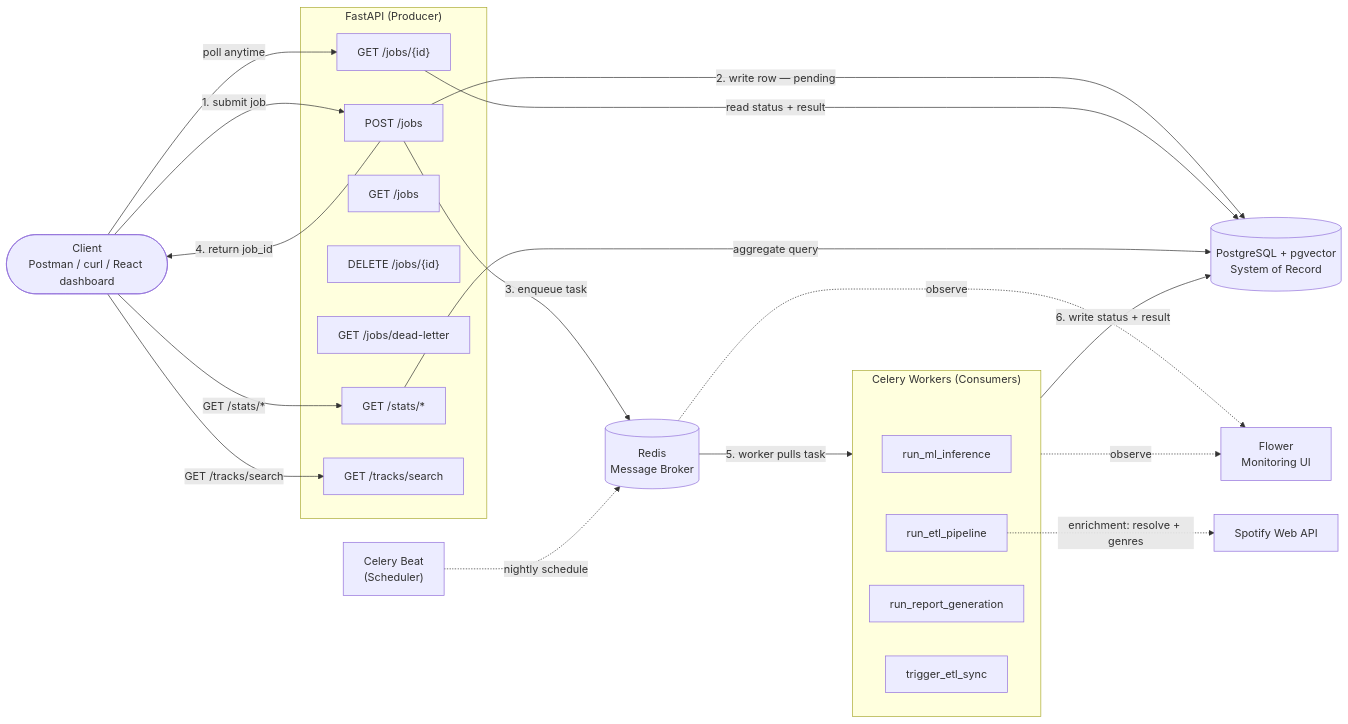
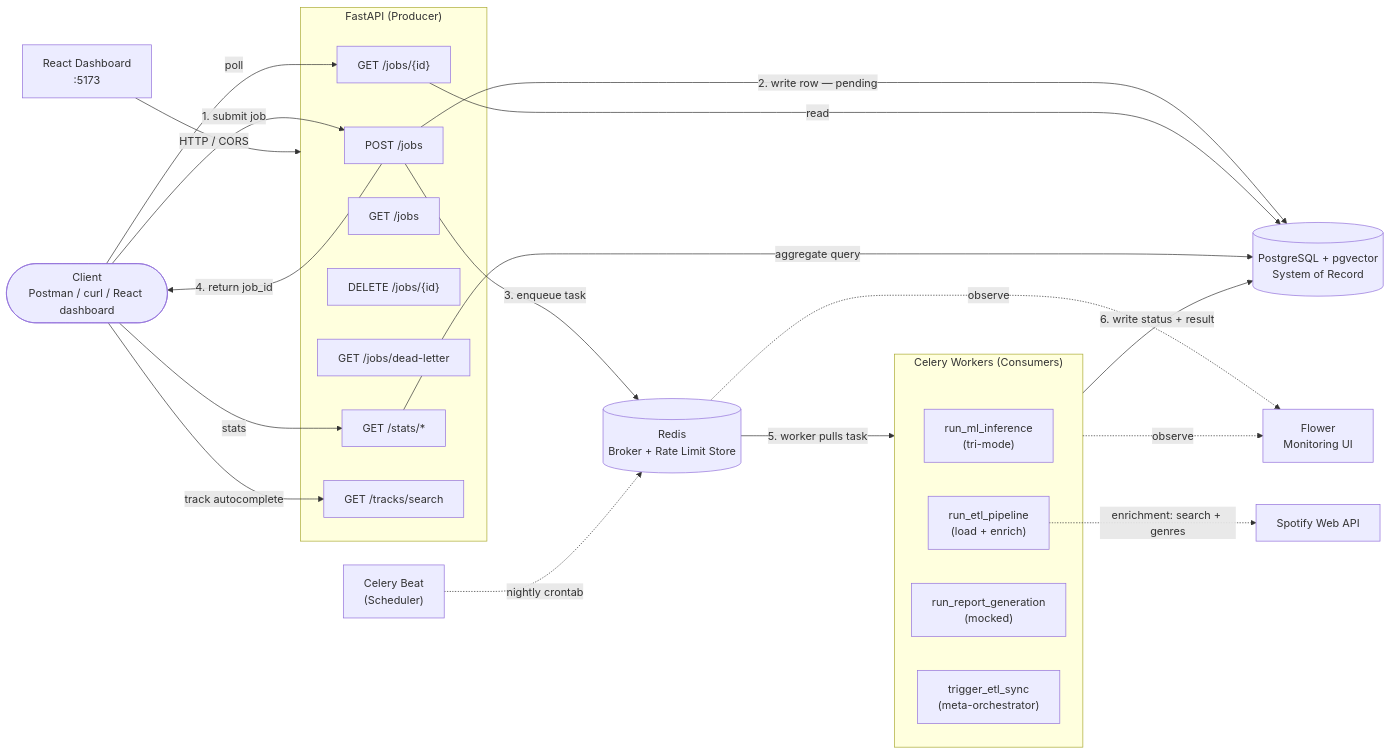
One commit to krishsomi021/Maestro-AI-Powered-Music-Intelligence-Platform changed the first of 2 diagrams in docs/architecture.md. Above: the diagram before and after it, drawn with Mermaid. The commit also changed other lines of this file and 1 other file, not shown here.

First line of the commit message:
docs: rewrite README and architecture to match current dev state

````diff
--- a/docs/architecture.md
+++ b/docs/architecture.md
@@ -23,49 +23,52 @@
 ```mermaid
 flowchart LR
     Client([Client\nPostman / curl / React dashboard])
 
     subgraph API["FastAPI (Producer)"]
         EP1["POST /jobs"]
         EP2["GET /jobs/{id}"]
         EP3["GET /jobs"]
         EP4["DELETE /jobs/{id}"]
         EP5["GET /jobs/dead-letter"]
         EP6["GET /stats/*"]
-        EP9["GET /tracks/search"]
+        EP7["GET /tracks/search"]
     end
 
     Beat["Celery Beat\n(Scheduler)"]
-    Broker[("Redis\nMessage Broker")]
+    Broker[("Redis\nBroker + Rate Limit Store")]
 
     subgraph Workers["Celery Workers (Consumers)"]
-        W1["run_ml_inference"]
-        W2["run_etl_pipeline"]
-        W3["run_report_generation"]
-        W4["trigger_etl_sync"]
+        W1["run_ml_inference\n(tri-mode)"]
+        W2["run_etl_pipeline\n(load + enrich)"]
+        W3["run_report_generation\n(mocked)"]
+        W4["trigger_etl_sync\n(meta-orchestrator)"]
     end
 
     DB[("PostgreSQL + pgvector\nSystem of Record")]
     Spotify["Spotify Web API"]
     Flower["Flower\nMonitoring UI"]
+    Dashboard["React Dashboard\n:5173"]
 
     Client -->|"1. submit job"| EP1
     EP1 -->|"2. write row — pending"| DB
     EP1 -->|"3. enqueue task"| Broker
     EP1 -->|"4. return job_id"| Client
 
-    Beat -.->|"nightly schedule"| Broker
+    Beat -.->|"nightly crontab"| Broker
     Broker -->|"5. worker pulls task"| Workers
     Workers -->|"6. write status + result"| DB
-    W2 -.->|"enrichment: resolve + genres"| Spotify
+    W2 -.->|"enrichment: search + genres"| Spotify
 
-    Client -->|"poll anytime"| EP2
-    EP2 -->|"read status + result"| DB
+    Client -->|"poll"| EP2
+    EP2 -->|"read"| DB
 
-    Client -->|"GET /stats/*"| EP6
+    Client -->|"stats"| EP6
     EP6 -->|"aggregate query"| DB
 
-    Client -->|"GET /tracks/search"| EP9
+    Client -->|"track autocomplete"| EP7
 
     Broker -.->|"observe"| Flower
     Workers -.->|"observe"| Flower
+
+    Dashboard -->|"HTTP / CORS"| API
 ```
````
